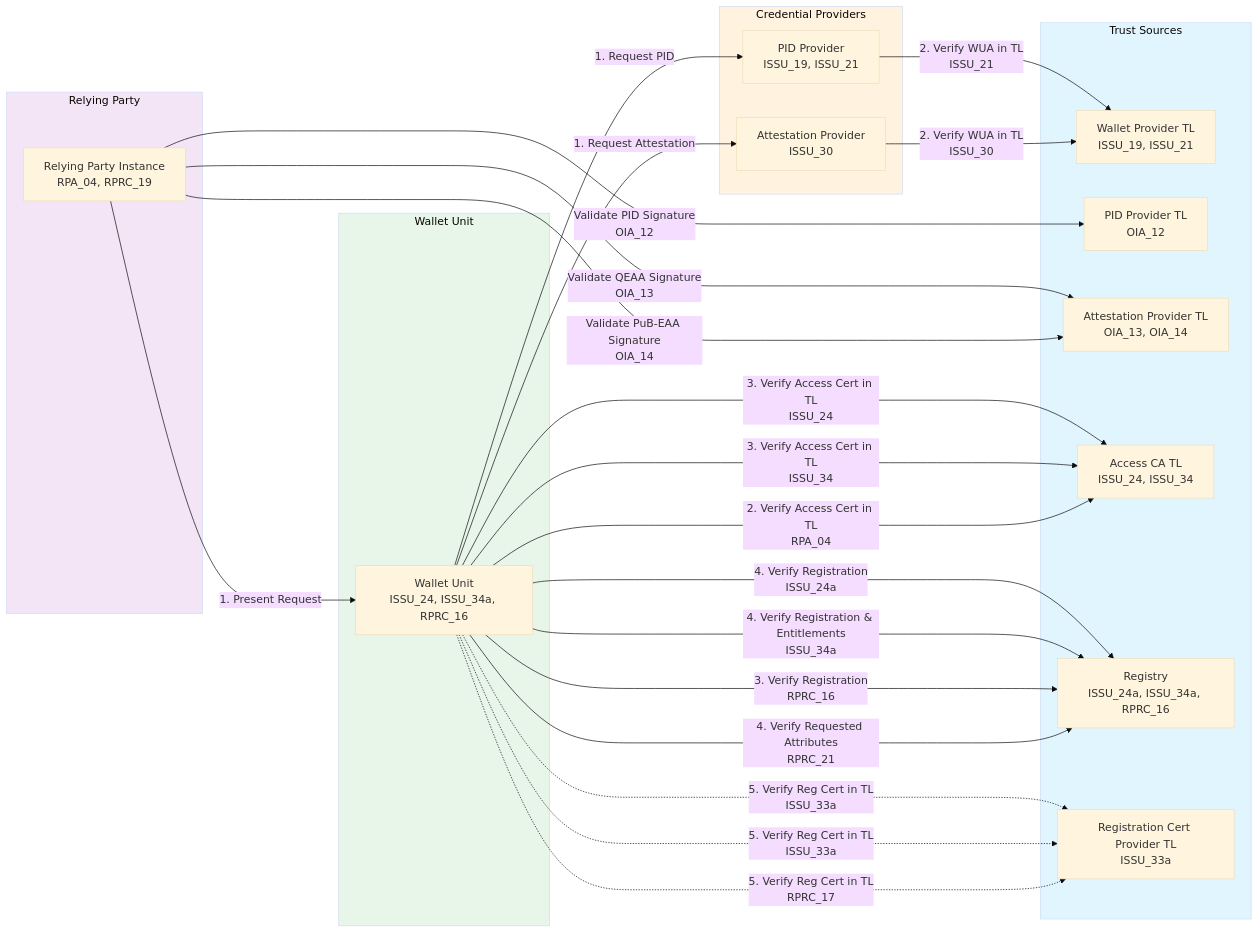
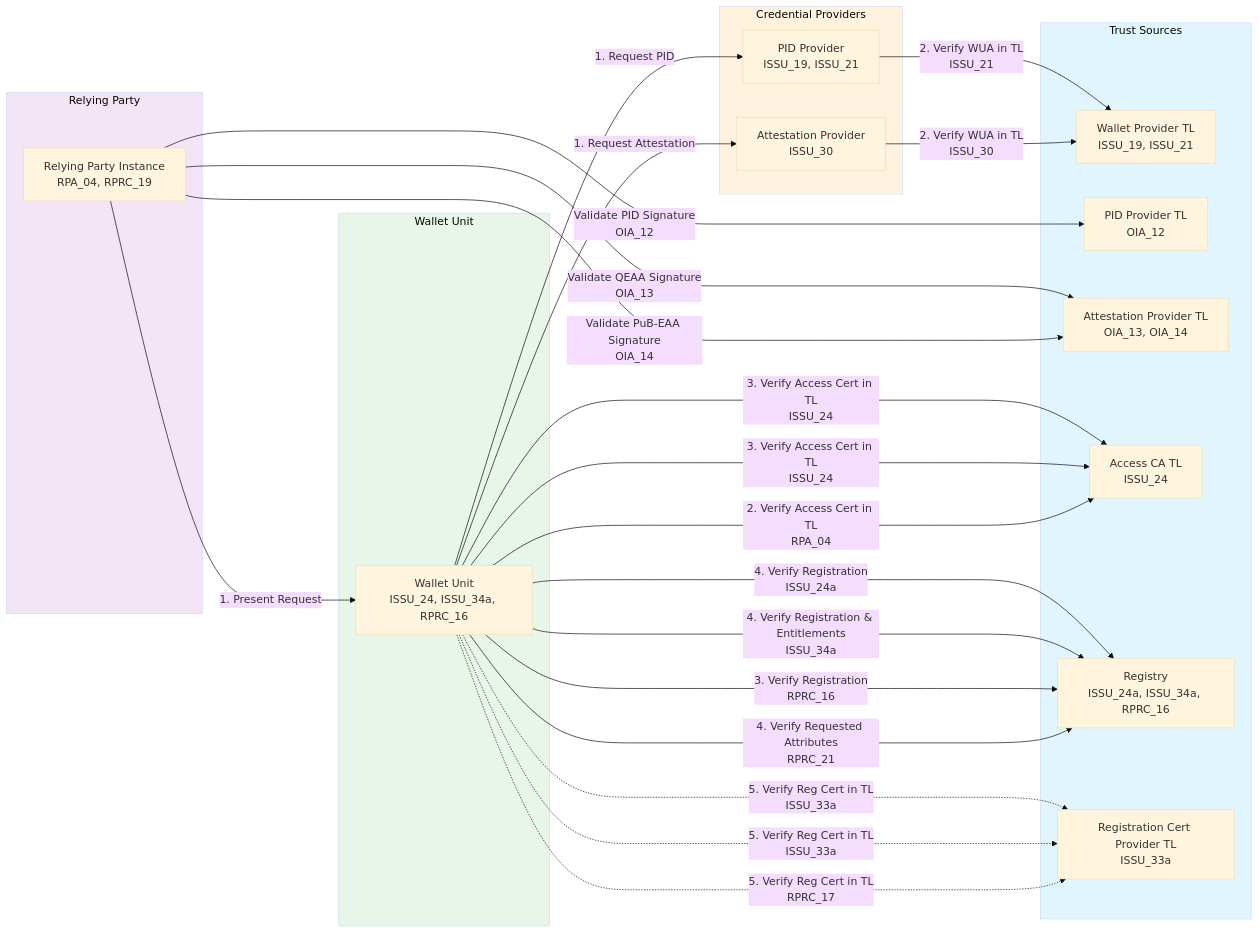
The seventh of 7 diagrams in task2-trust-framework/trust-infrastructure-schema.md (webuild-consortium/wp4-trust-group), drawn with Mermaid (base theme) before and after one commit. The commit also changed other lines of this file, not shown here.

Commit message:
fix: trust infra schema QEAA Providers are published in MS TL

````diff
--- a/task2-trust-framework/trust-infrastructure-schema.md
+++ b/task2-trust-framework/trust-infrastructure-schema.md
@@ -747,55 +721,55 @@
 ```mermaid
 graph LR
     subgraph WalletUnit["Wallet Unit"]
         WU[Wallet Unit<br/>ISSU_24, ISSU_34a, RPRC_16]
     end
 
     subgraph Providers["Credential Providers"]
         PIDProv[PID Provider<br/>ISSU_19, ISSU_21]
         AttProv[Attestation Provider<br/>ISSU_30]
     end
 
     subgraph RP["Relying Party"]
         RPInst[Relying Party Instance<br/>RPA_04, RPRC_19]
     end
 
     subgraph TrustSources["Trust Sources"]
         WPTL[Wallet Provider TL<br/>ISSU_19, ISSU_21]
         PIDTL[PID Provider TL<br/>OIA_12]
         APTL[Attestation Provider TL<br/>OIA_13, OIA_14]
-        ACATL[Access CA TL<br/>ISSU_24, ISSU_34]
+        ACATL[Access CA TL<br/>ISSU_24]
         Registry[Registry<br/>ISSU_24a, ISSU_34a, RPRC_16]
         RegCertTL[Registration Cert Provider TL<br/>ISSU_33a]
     end
 
     %% PID Issuance Trust Evaluation
     WU -->|1. Request PID| PIDProv
     PIDProv -->|2. Verify WUA in TL<br/>ISSU_21| WPTL
     WU -->|3. Verify Access Cert in TL<br/>ISSU_24| ACATL
     WU -->|4. Verify Registration<br/>ISSU_24a| Registry
     WU -.->|5. Verify Reg Cert in TL<br/>ISSU_33a| RegCertTL
 
     %% Attestation Issuance Trust Evaluation
     WU -->|1. Request Attestation| AttProv
     AttProv -->|2. Verify WUA in TL<br/>ISSU_30| WPTL
-    WU -->|3. Verify Access Cert in TL<br/>ISSU_34| ACATL
+    WU -->|3. Verify Access Cert in TL<br/>ISSU_24| ACATL
     WU -->|4. Verify Registration & Entitlements<br/>ISSU_34a| Registry
     WU -.->|5. Verify Reg Cert in TL<br/>ISSU_33a| RegCertTL
 
     %% Presentation Trust Evaluation
     RPInst -->|1. Present Request| WU
     WU -->|2. Verify Access Cert in TL<br/>RPA_04| ACATL
     WU -->|3. Verify Registration<br/>RPRC_16| Registry
     WU -->|4. Verify Requested Attributes<br/>RPRC_21| Registry
     WU -.->|5. Verify Reg Cert in TL<br/>RPRC_17| RegCertTL
 
     %% RP Validation
     RPInst -->|Validate PID Signature<br/>OIA_12| PIDTL
     RPInst -->|Validate QEAA Signature<br/>OIA_13| APTL
     RPInst -->|Validate PuB-EAA Signature<br/>OIA_14| APTL
 
     style WalletUnit fill:#e8f5e9
     style Providers fill:#fff3e0
     style RP fill:#f3e5f5
     style TrustSources fill:#e1f5ff
 ```
````
